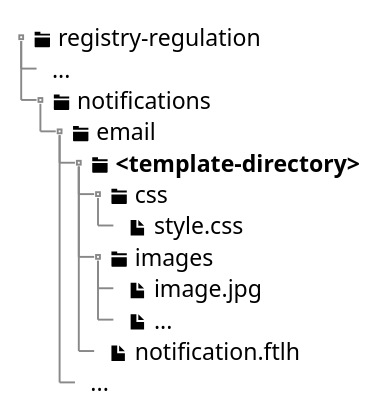
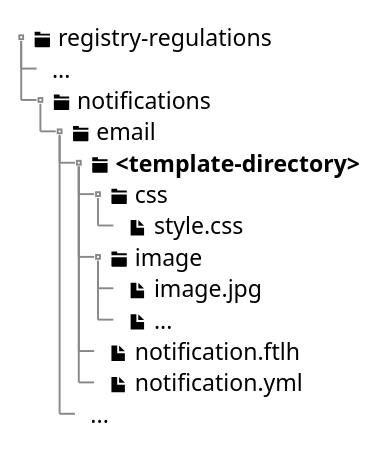
Before and after one commit to epam/edp-ddm-architecture: the diagram in modules/registry-develop/pages/registry-admin/user-notifications/email/e-mail-notification.adoc, drawn with PlantUML. The commit also changed other lines of this file and 11 other files, not shown here.

```diff
--- a/modules/registry-develop/pages/registry-admin/user-notifications/email/e-mail-notification.adoc
+++ b/modules/registry-develop/pages/registry-admin/user-notifications/email/e-mail-notification.adoc
@@ -56,21 +56,22 @@
 [plantuml, email-notification-structure, svg]
 ----
 @startsalt
 {
 {T
-+ <&folder> registry-regulation
++ <&folder> registry-regulations
 ++ ...
 ++ <&folder> notifications
 +++ <&folder> email
 ++++ <&folder> <b><template-directory></b>
 +++++ <&folder> css
 ++++++ <&file> style.css
-+++++ <&folder> images
++++++ <&folder> image
 ++++++ <&file> image.jpg
 ++++++ <&file> ...
 +++++ <&file> notification.ftlh
++++++ <&file> notification.yml
 ++++ ...
 }
 }
 @endsalt
 ----
```
